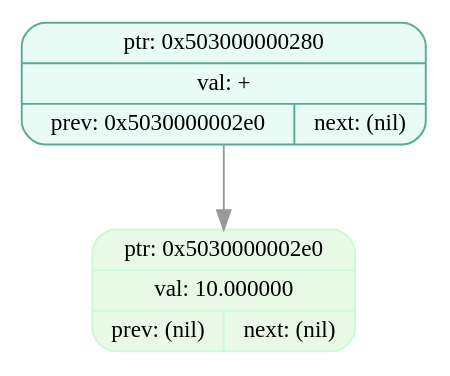
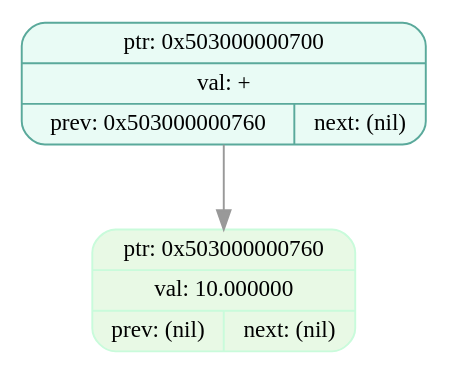
One commit to EvilTomato9890/Difference changed the diagram in dumps/tree_dump_001.dot. Above: the diagram before and after it, drawn with Graphviz. The commit also changed 41 other files, not shown here.

```diff
--- a/dumps/tree_dump_001.dot
+++ b/dumps/tree_dump_001.dot
@@ -1,7 +1,7 @@
 digraph T{
   node [fontname="Fira Mono",shape=record,style="filled,rounded",fontsize=12];
   graph [splines=true, nodesep=0.6, ranksep=0.6];
-  node_0x503000000280[shape=record,label="{ {ptr: 0x503000000280} | {val: +} | { prev: 0x5030000002e0 | next: (nil) } }",color="#5aa99b",fillcolor="#e9fbf5"];
-  node_0x5030000002e0[shape=record,label="{ {ptr: 0x5030000002e0} | {val: 10.000000} | { prev: (nil) | next: (nil) } }",color="#c9fbdbff",fillcolor="#e8f9e5ff"];
-  node_0x503000000280 -> node_0x5030000002e0 [color="#999999"];
+  node_0x503000000700[shape=record,label="{ {ptr: 0x503000000700} | {val: +} | { prev: 0x503000000760 | next: (nil) } }",color="#5aa99b",fillcolor="#e9fbf5"];
+  node_0x503000000760[shape=record,label="{ {ptr: 0x503000000760} | {val: 10.000000} | { prev: (nil) | next: (nil) } }",color="#c9fbdbff",fillcolor="#e8f9e5ff"];
+  node_0x503000000700 -> node_0x503000000760 [color="#999999"];
 }
```
